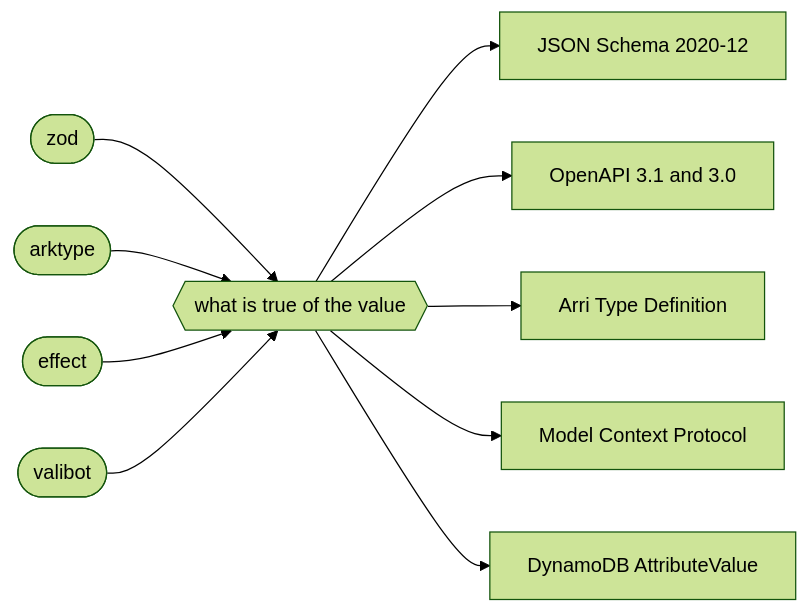
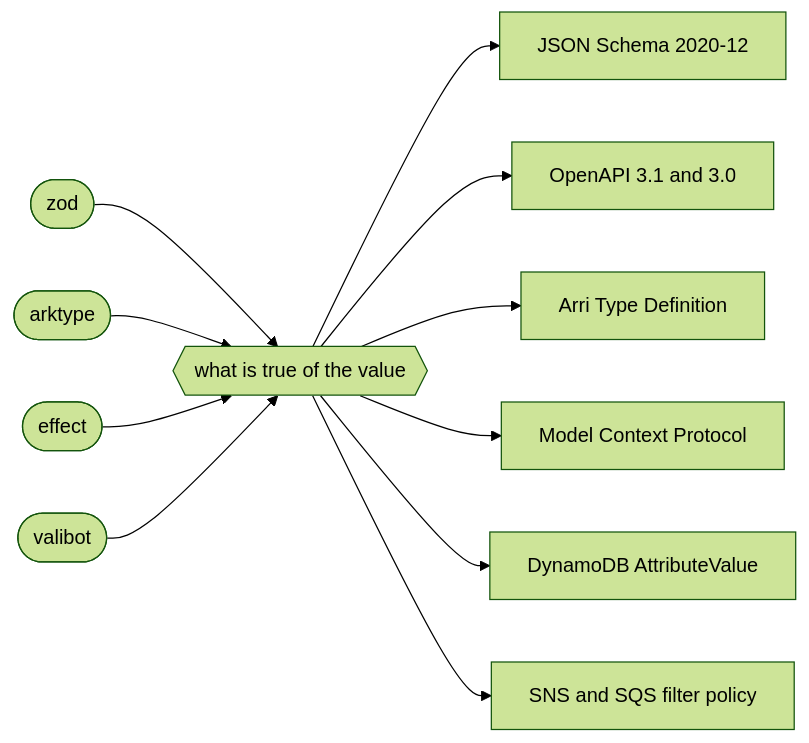
Before and after one commit to fasciajs/fascia: the diagram in README.md, drawn with Mermaid (forest theme). The commit also changed other lines of this file and 73 other files, not shown here.

First line of the commit message:
Read JSON Schema dialects, draw schemas that hold themselves, and write AWS filter policies (#9)

````diff
--- a/README.md
+++ b/README.md
@@ -23,15 +24,16 @@
 ```mermaid
 flowchart LR
   zod([zod]) --> term
   arktype([arktype]) --> term
   effect([effect]) --> term
   valibot([valibot]) --> term
 
   term{{"what is true of the value"}}
 
   term --> jsonschema[JSON Schema 2020-12]
   term --> openapi[OpenAPI 3.1 and 3.0]
   term --> atd[Arri Type Definition]
   term --> mcp[Model Context Protocol]
   term --> dynamodb[DynamoDB AttributeValue]
+  term --> awsfilter[SNS and SQS filter policy]
 ```
````
